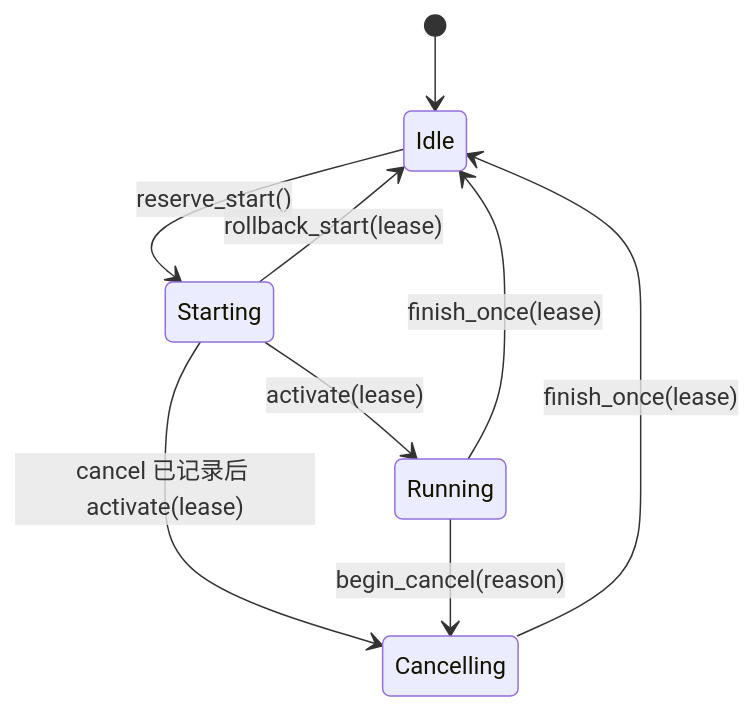
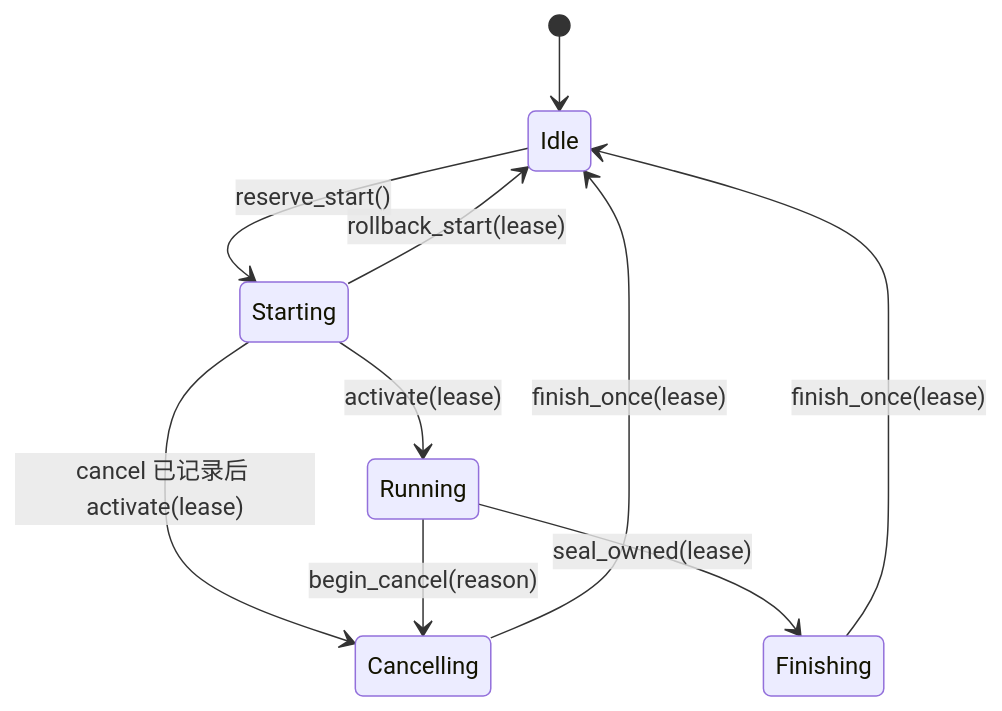
Before and after one commit to youge325/vp: the first of 4 diagrams in docs/07-task-lifecycle.md, drawn with Mermaid. The commit also changed other lines of this file and 12 other files, not shown here.

````diff
--- a/docs/07-task-lifecycle.md
+++ b/docs/07-task-lifecycle.md
@@ -8,11 +8,12 @@
 ```mermaid
 stateDiagram-v2
     [*] --> Idle
     Idle --> Starting: reserve_start()
     Starting --> Running: activate(lease)
     Starting --> Cancelling: cancel 已记录后 activate(lease)
     Starting --> Idle: rollback_start(lease)
     Running --> Cancelling: begin_cancel(reason)
-    Running --> Idle: finish_once(lease)
+    Running --> Finishing: seal_owned(lease)
     Cancelling --> Idle: finish_once(lease)
+    Finishing --> Idle: finish_once(lease)
 ```
````
